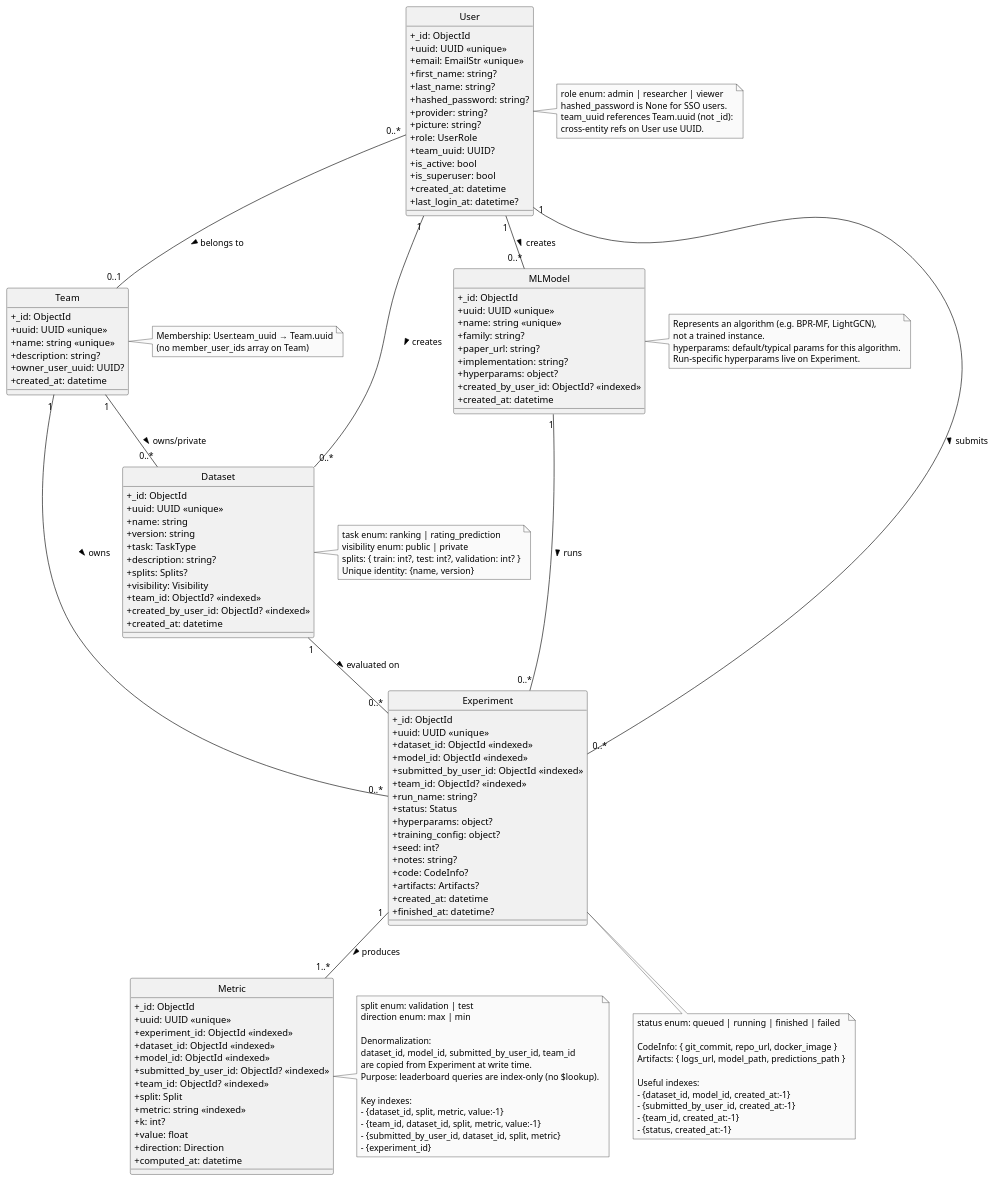
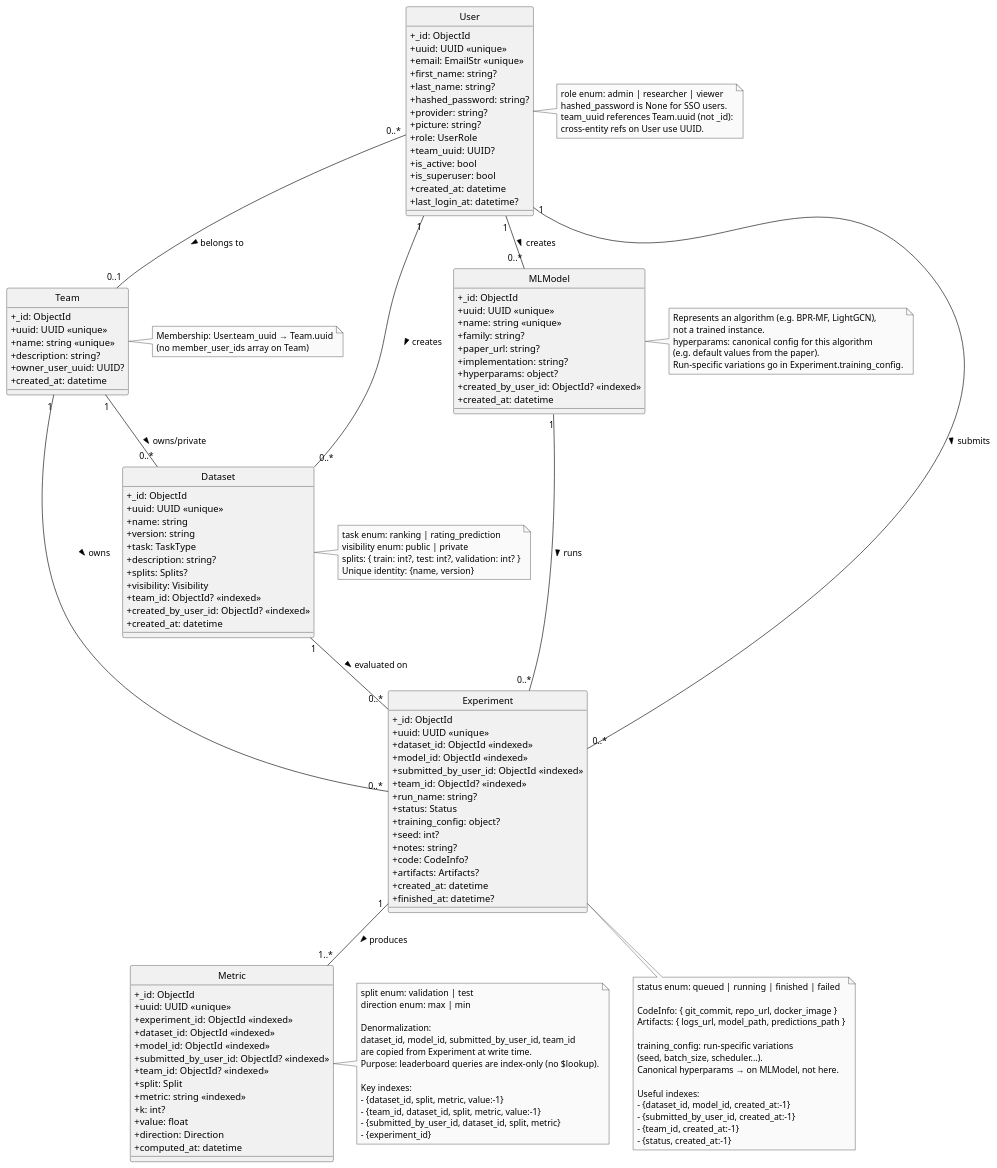
One commit to Baraff24/polibench changed the diagram in docs/backend/domain_model.puml. Above: the diagram before and after it, drawn with PlantUML. The commit also changed 9 other files, not shown here.

Commit message:
docs: update data models and schemas documentation for clarity and accuracy

```diff
--- a/docs/backend/domain_model.puml
+++ b/docs/backend/domain_model.puml
@@ -1,181 +1,185 @@
 @startuml
 hide circle
 skinparam classAttributeIconSize 0
 skinparam monochrome true
 
 ' =================================================================
 ' NOTA ARCHITETTURALE — DB layer vs API layer
 ' =================================================================
 ' Questo diagramma rappresenta il DB layer (MongoDB/Beanie).
 '
 ' API layer (HTTP) — principio UUID-first:
 '   - path params:  sempre UUID  (GET /datasets/{uuid})
 '   - body input:   sempre UUID  (dataset_uuid, model_uuid, ...)
 '   - response:     solo uuid    (_id mai esposto al client)
 '
 ' Il router è il solo punto che risolve UUID → ObjectId internamente.
 ' =================================================================
 
 ' =========================
 ' Core entities
 ' =========================
 
 class User {
   +_id: ObjectId
   +uuid: UUID <<unique>>
   +email: EmailStr <<unique>>
   +first_name: string?
   +last_name: string?
   +hashed_password: string?
   +provider: string?
   +picture: string?
   +role: UserRole
   +team_uuid: UUID?
   +is_active: bool
   +is_superuser: bool
   +created_at: datetime
   +last_login_at: datetime?
 }
 
 note right of User
   role enum: admin | researcher | viewer
   hashed_password is None for SSO users.
   team_uuid references Team.uuid (not _id):
   cross-entity refs on User use UUID.
 end note
 
 class Team {
   +_id: ObjectId
   +uuid: UUID <<unique>>
   +name: string <<unique>>
   +description: string?
   +owner_user_uuid: UUID?
   +created_at: datetime
 }
 
 note right of Team
   Membership: User.team_uuid → Team.uuid
   (no member_user_ids array on Team)
 end note
 
 class Dataset {
   +_id: ObjectId
   +uuid: UUID <<unique>>
   +name: string
   +version: string
   +task: TaskType
   +description: string?
   +splits: Splits?
   +visibility: Visibility
   +team_id: ObjectId? <<indexed>>
   +created_by_user_id: ObjectId? <<indexed>>
   +created_at: datetime
 }
 
 note right of Dataset
   task enum: ranking | rating_prediction
   visibility enum: public | private
   splits: { train: int?, test: int?, validation: int? }
   Unique identity: {name, version}
 end note
 
 class MLModel {
   +_id: ObjectId
   +uuid: UUID <<unique>>
   +name: string <<unique>>
   +family: string?
   +paper_url: string?
   +implementation: string?
   +hyperparams: object?
   +created_by_user_id: ObjectId? <<indexed>>
   +created_at: datetime
 }
 
 note right of MLModel
   Represents an algorithm (e.g. BPR-MF, LightGCN),
   not a trained instance.
-  hyperparams: default/typical params for this algorithm.
-  Run-specific hyperparams live on Experiment.
+  hyperparams: canonical config for this algorithm
+  (e.g. default values from the paper).
+  Run-specific variations go in Experiment.training_config.
 end note
 
 class Experiment {
   +_id: ObjectId
   +uuid: UUID <<unique>>
   +dataset_id: ObjectId <<indexed>>
   +model_id: ObjectId <<indexed>>
   +submitted_by_user_id: ObjectId <<indexed>>
   +team_id: ObjectId? <<indexed>>
   +run_name: string?
   +status: Status
-  +hyperparams: object?
   +training_config: object?
   +seed: int?
   +notes: string?
   +code: CodeInfo?
   +artifacts: Artifacts?
   +created_at: datetime
   +finished_at: datetime?
 }
 
 note bottom of Experiment
   status enum: queued | running | finished | failed
 
   CodeInfo: { git_commit, repo_url, docker_image }
   Artifacts: { logs_url, model_path, predictions_path }
+
+  training_config: run-specific variations
+  (seed, batch_size, scheduler...).
+  Canonical hyperparams → on MLModel, not here.
 
   Useful indexes:
   - {dataset_id, model_id, created_at:-1}
   - {submitted_by_user_id, created_at:-1}
   - {team_id, created_at:-1}
   - {status, created_at:-1}
 end note
 
 class Metric {
   +_id: ObjectId
   +uuid: UUID <<unique>>
   +experiment_id: ObjectId <<indexed>>
   +dataset_id: ObjectId <<indexed>>
   +model_id: ObjectId <<indexed>>
   +submitted_by_user_id: ObjectId? <<indexed>>
   +team_id: ObjectId? <<indexed>>
   +split: Split
   +metric: string <<indexed>>
   +k: int?
   +value: float
   +direction: Direction
   +computed_at: datetime
 }
 
 note right of Metric
   split enum: validation | test
   direction enum: max | min
 
   Denormalization:
   dataset_id, model_id, submitted_by_user_id, team_id
   are copied from Experiment at write time.
   Purpose: leaderboard queries are index-only (no $lookup).
 
   Key indexes:
   - {dataset_id, split, metric, value:-1}
   - {team_id, dataset_id, split, metric, value:-1}
   - {submitted_by_user_id, dataset_id, split, metric}
   - {experiment_id}
 end note
 
 ' =========================
 ' Relationships
 ' =========================
 
 User "1" -- "0..*" Dataset       : creates >
 User "1" -- "0..*" MLModel       : creates >
 User "1" -- "0..*" Experiment    : submits >
 User "0..*" -- "0..1" Team       : belongs to >
 
 Team "1" -- "0..*" Dataset       : owns/private >
 Team "1" -- "0..*" Experiment    : owns >
 
 Dataset "1" -- "0..*" Experiment : evaluated on >
 MLModel "1" -- "0..*" Experiment : runs >
 Experiment "1" -- "1..*" Metric  : produces >
 
 @enduml
```
